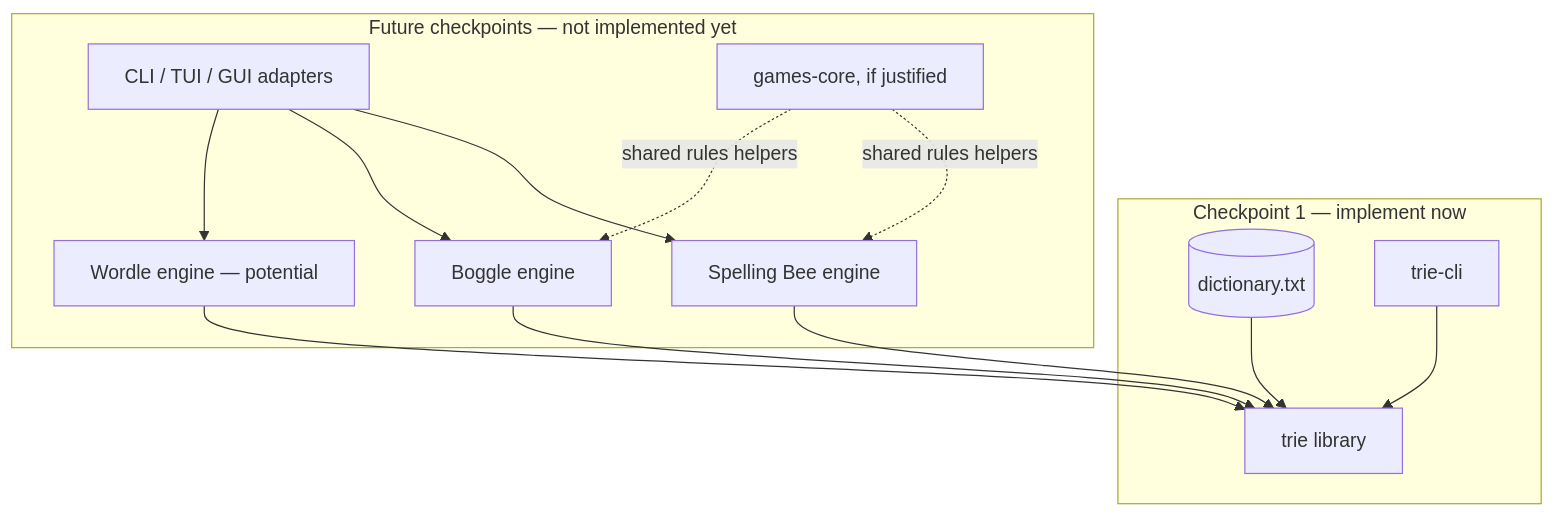
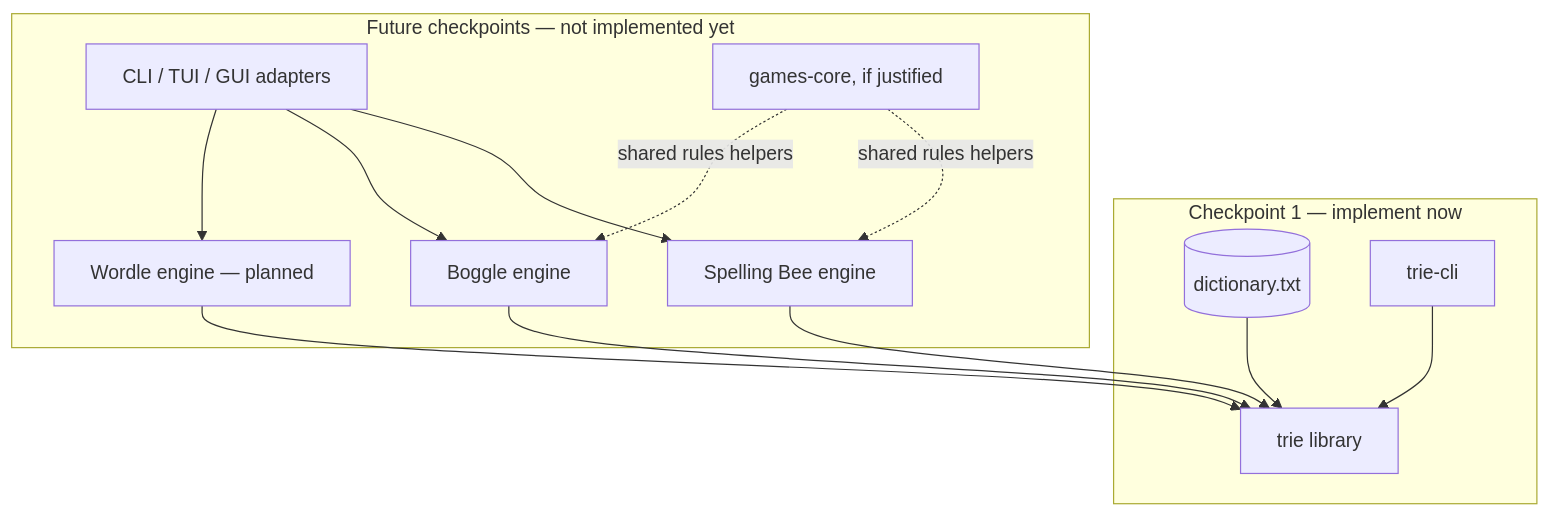
Before and after one commit to ironLegion88/word-games: the first of 5 diagrams in docs/DESIGN_SPECIFICATION.md, drawn with Mermaid. The commit also changed other lines of this file, not shown here.

First line of the commit message:
docs(spec): add contracts for Bee, Boggle, Wordle

````diff
--- a/docs/DESIGN_SPECIFICATION.md
+++ b/docs/DESIGN_SPECIFICATION.md
@@ -83,17 +84,17 @@
 ```mermaid
 flowchart TB
   subgraph CP1[Checkpoint 1 — implement now]
     FILE[(dictionary.txt)] --> LIB[trie library]
     CLI[trie-cli] --> LIB
   end
   subgraph FUTURE[Future checkpoints — not implemented yet]
     S[Spelling Bee engine] --> LIB
     B[Boggle engine] --> LIB
-    W[Wordle engine — potential] --> LIB
+    W[Wordle engine — planned] --> LIB
     UI[CLI / TUI / GUI adapters] --> S
     UI --> B
     UI --> W
     CORE[games-core, if justified] -. shared rules helpers .-> S
     CORE -. shared rules helpers .-> B
   end
 ```
````
